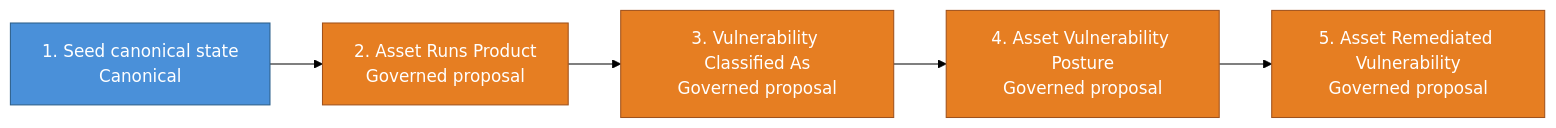
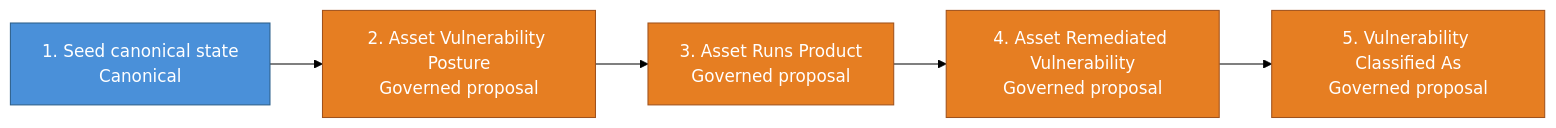
Before and after one commit to cruxible-ai/cruxible: the second of 3 diagrams in kits/kev-triage/README.md, drawn with Mermaid (forest theme). The commit also changed other lines of this file and 1 other file, not shown here.

````diff
--- a/kits/kev-triage/README.md
+++ b/kits/kev-triage/README.md
@@ -89,17 +89,17 @@
 ```mermaid
 flowchart LR
   classDef canonicalWorkflow fill:#4a90d9,stroke:#2c5f8a,color:#fff
   classDef governedWorkflow fill:#e67e22,stroke:#a0521c,color:#fff
 
   workflow_pipeline_build_local_state["1. Seed canonical state<br/>Canonical"]
-  workflow_pipeline_propose_asset_products["2. Asset Runs Product<br/>Governed proposal"]
-  workflow_pipeline_propose_vulnerability_classification["3. Vulnerability Classified As<br/>Governed proposal"]
-  workflow_pipeline_propose_asset_exposure["4. Asset Vulnerability Posture<br/>Governed proposal"]
-  workflow_pipeline_propose_exposure_reconciliation["5. Asset Remediated Vulnerability<br/>Governed proposal"]
-  workflow_pipeline_build_local_state --> workflow_pipeline_propose_asset_products
-  workflow_pipeline_propose_asset_products --> workflow_pipeline_propose_vulnerability_classification
-  workflow_pipeline_propose_vulnerability_classification --> workflow_pipeline_propose_asset_exposure
-  workflow_pipeline_propose_asset_exposure --> workflow_pipeline_propose_exposure_reconciliation
+  workflow_pipeline_propose_asset_exposure["2. Asset Vulnerability Posture<br/>Governed proposal"]
+  workflow_pipeline_propose_asset_products["3. Asset Runs Product<br/>Governed proposal"]
+  workflow_pipeline_propose_exposure_reconciliation["4. Asset Remediated Vulnerability<br/>Governed proposal"]
+  workflow_pipeline_propose_vulnerability_classification["5. Vulnerability Classified As<br/>Governed proposal"]
+  workflow_pipeline_build_local_state --> workflow_pipeline_propose_asset_exposure
+  workflow_pipeline_propose_asset_exposure --> workflow_pipeline_propose_asset_products
+  workflow_pipeline_propose_asset_products --> workflow_pipeline_propose_exposure_reconciliation
+  workflow_pipeline_propose_exposure_reconciliation --> workflow_pipeline_propose_vulnerability_classification
   class workflow_pipeline_build_local_state canonicalWorkflow
-  class workflow_pipeline_propose_asset_products,workflow_pipeline_propose_vulnerability_classification,workflow_pipeline_propose_asset_exposure,workflow_pipeline_propose_exposure_reconciliation governedWorkflow
+  class workflow_pipeline_propose_asset_exposure,workflow_pipeline_propose_asset_products,workflow_pipeline_propose_exposure_reconciliation,workflow_pipeline_propose_vulnerability_classification governedWorkflow
 ```
````
